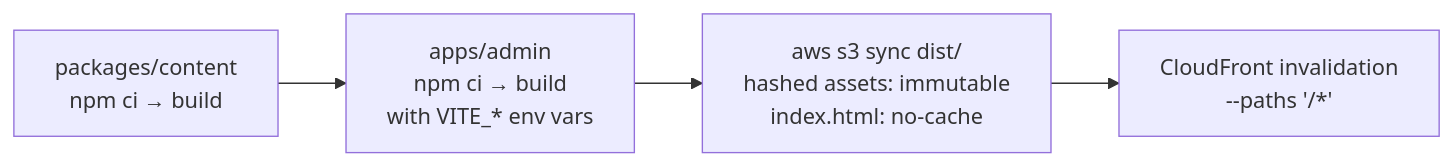
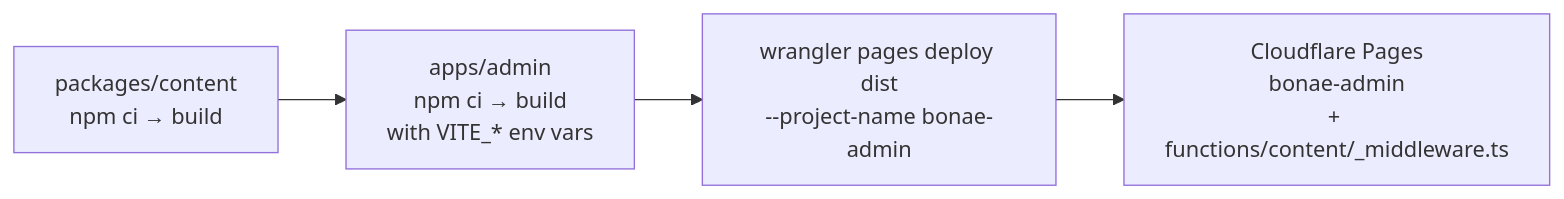
Diagram 11 of 15 in docs/architecture.md (Bonae-Tech/bonae-tech), drawn with Mermaid before and after one commit. The commit also changed other lines of this file and 62 other files, not shown here.

First line of the commit message:
Hybrid Cloudflare + AWS Cognito architecture (#58)

````diff
--- a/docs/architecture.md
+++ b/docs/architecture.md
@@ -375,6 +354,6 @@
 ```mermaid
 flowchart LR
     A["packages/content\nnpm ci → build"] --> B["apps/admin\nnpm ci → build\nwith VITE_* env vars"]
-    B --> C["aws s3 sync dist/\nhashed assets: immutable\nindex.html: no-cache"]
-    C --> D["CloudFront invalidation\n--paths '/*'"]
+    B --> C["wrangler pages deploy dist\n--project-name bonae-admin"]
+    C --> D["Cloudflare Pages\nbonae-admin\n+ functions/content/_middleware.ts"]
 ```
````
